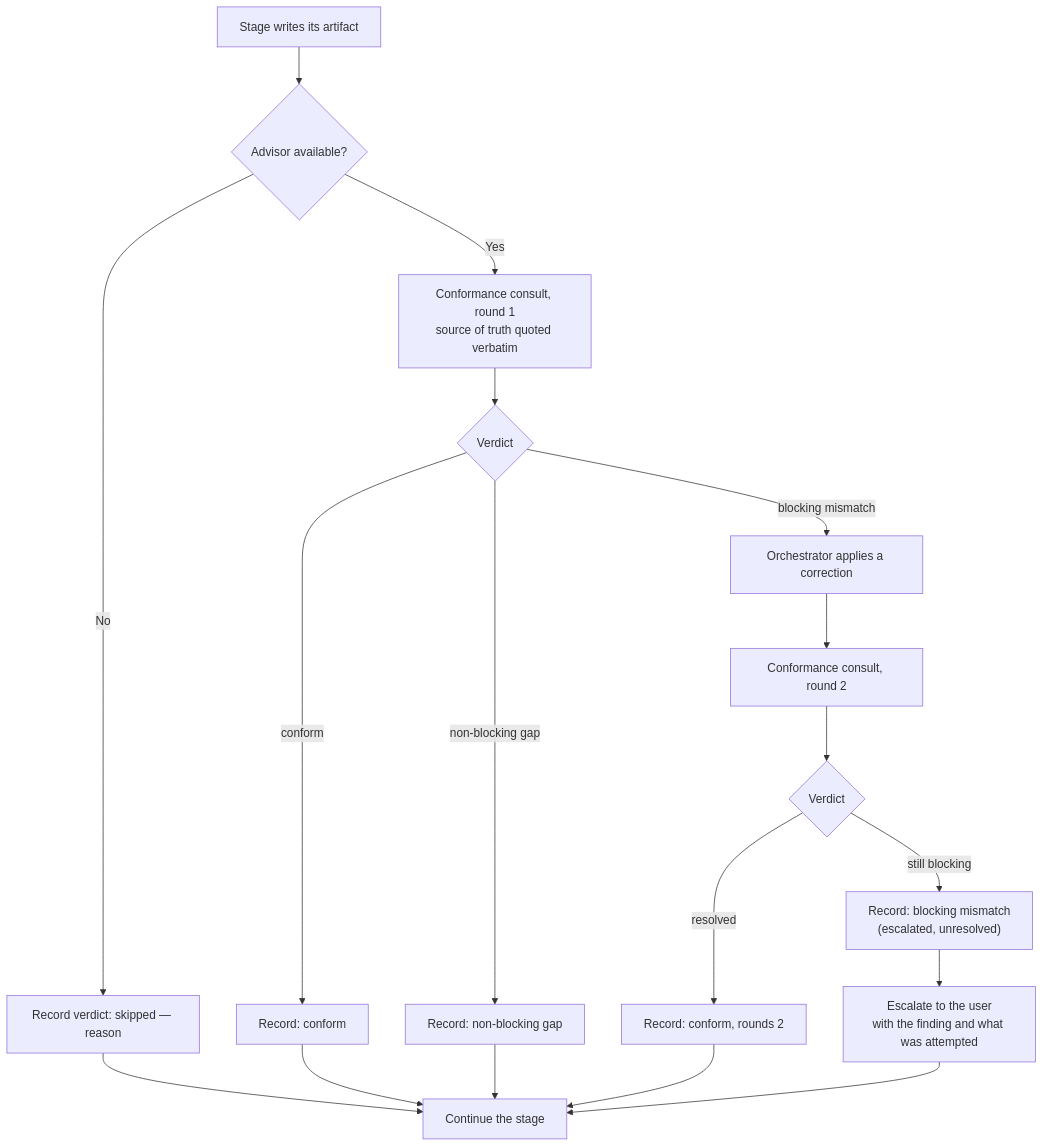
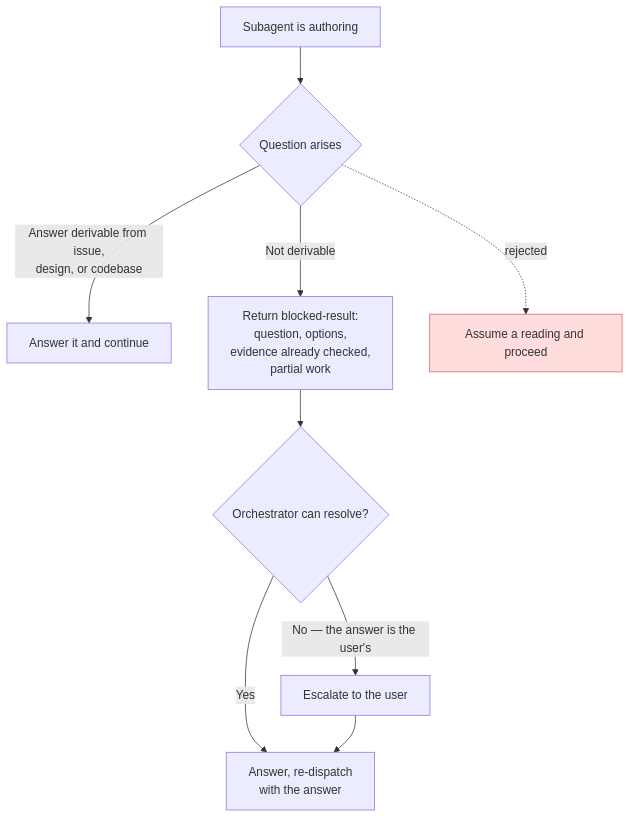
Before and after one commit to TE-ToshiakiTanaka2/tarnished: the second of 3 diagrams in docs/design/#312/flowchart.md, drawn with Mermaid. The commit also changed other lines of this file and 7 other files, not shown here.

````diff
--- a/docs/design/#312/flowchart.md
+++ b/docs/design/#312/flowchart.md
@@ -7,20 +36,12 @@
 ```mermaid
 graph TD
-    A[Stage writes its artifact] --> B{Advisor available?}
-    B -->|No| S["Record verdict: skipped — reason"]
-    S --> Z[Continue the stage]
-    B -->|Yes| C[Conformance consult, round 1<br/>source of truth quoted verbatim]
-    C --> D{Verdict}
-    D -->|conform| R1[Record: conform]
-    D -->|non-blocking gap| R2[Record: non-blocking gap]
-    D -->|blocking mismatch| E[Orchestrator applies a correction]
-    R1 --> Z
-    R2 --> Z
-    E --> F[Conformance consult, round 2]
-    F --> G{Verdict}
-    G -->|resolved| R3[Record: conform, rounds 2]
-    G -->|still blocking| H["Record: blocking mismatch<br/>(escalated, unresolved)"]
-    R3 --> Z
-    H --> I[Escalate to the user<br/>with the finding and what was attempted]
-    I --> Z
+    A[Subagent is authoring] --> B{Question arises}
+    B -->|Answer derivable from issue,<br/>design, or codebase| C[Answer it and continue]
+    B -->|Not derivable| D[Return blocked-result:<br/>question, options,<br/>evidence already checked,<br/>partial work]
+    D --> E{Orchestrator can resolve?}
+    E -->|Yes| F[Answer, re-dispatch<br/>with the answer]
+    E -->|No — the answer is the user's| G[Escalate to the user]
+    G --> F
+    B -.rejected.-> X[Assume a reading and proceed]
+    style X fill:#fdd,stroke:#c66
 ```
````
